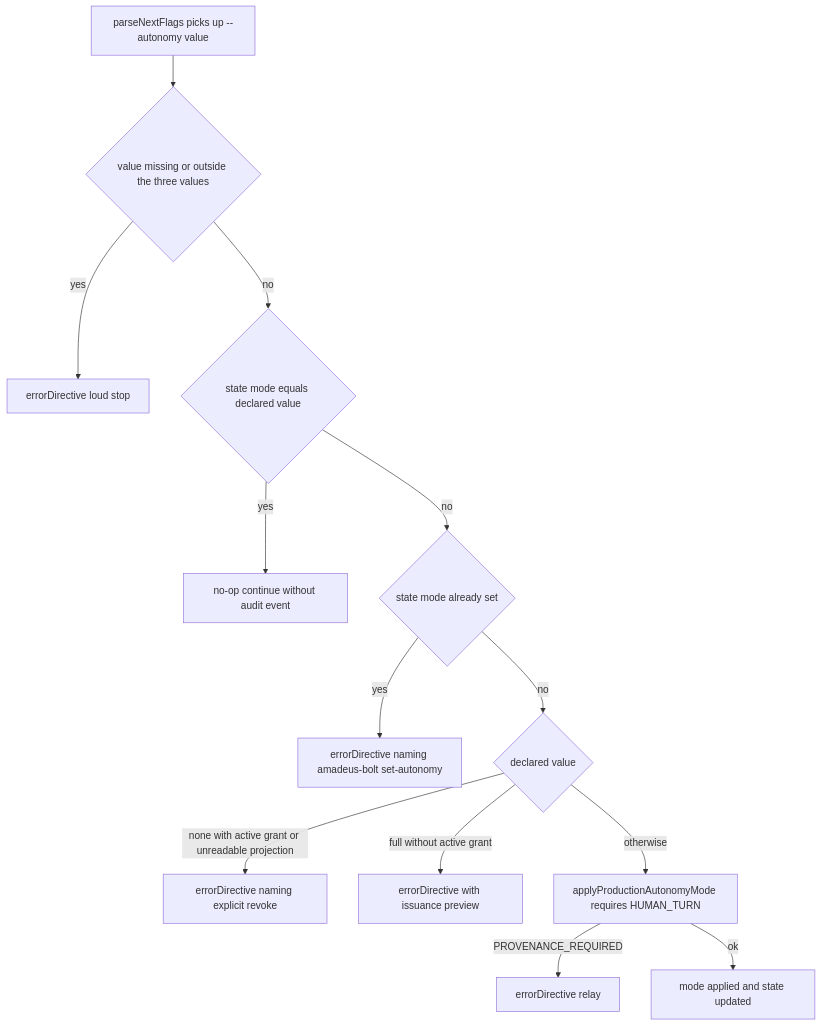
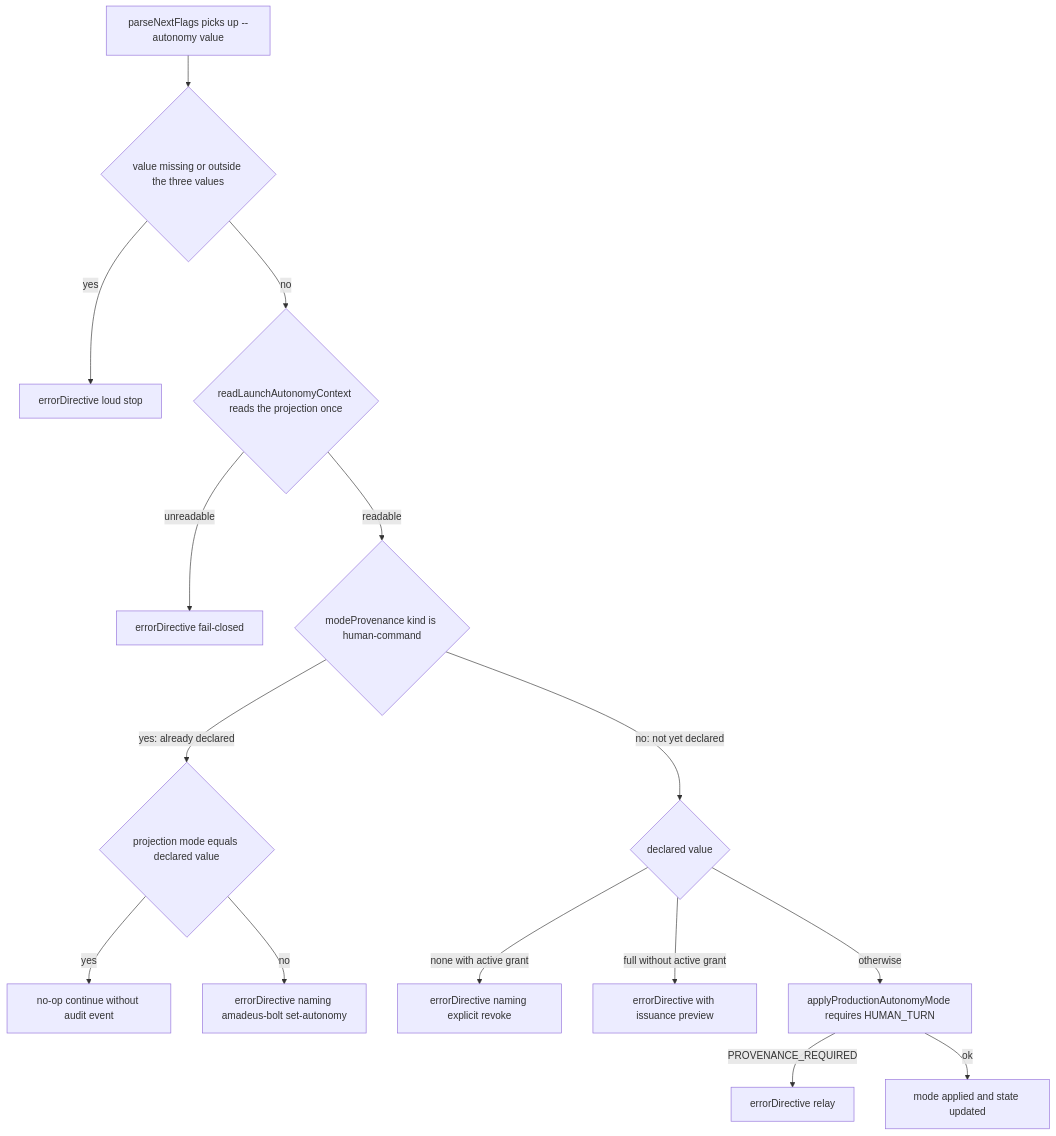
The third of 3 diagrams in amadeus/spaces/default/intents/260805-semi-redefine-autonomy-f/inception/application-design/services.md (amadeus-dlc/amadeus), drawn with Mermaid before and after one commit. The commit also changed other lines of this file and 7 other files, not shown here.

Commit message:
docs(amadeus): apply AD review follow-ups (ADR-13 provenance discriminator, signature drift, verbatim cites)

````diff
--- a/amadeus/spaces/default/intents/260805-semi-redefine-autonomy-f/inception/application-design/services.md
+++ b/amadeus/spaces/default/intents/260805-semi-redefine-autonomy-f/inception/application-design/services.md
@@ -114,15 +114,17 @@
 ```mermaid
 flowchart TD
   A["parseNextFlags picks up --autonomy value"] --> B{"value missing or outside the three values"}
   B -->|"yes"| E1["errorDirective loud stop"]
-  B -->|"no"| C{"state mode equals declared value"}
-  C -->|"yes"| OK1["no-op continue without audit event"]
-  C -->|"no"| D{"state mode already set"}
-  D -->|"yes"| E2["errorDirective naming amadeus-bolt set-autonomy"]
-  D -->|"no"| F{"declared value"}
-  F -->|"none with active grant or unreadable projection"| E3["errorDirective naming explicit revoke"]
+  B -->|"no"| R{"readLaunchAutonomyContext reads the projection once"}
+  R -->|"unreadable"| E0["errorDirective fail-closed"]
+  R -->|"readable"| C{"modeProvenance kind is human-command"}
+  C -->|"no: not yet declared"| F{"declared value"}
+  C -->|"yes: already declared"| D{"projection mode equals declared value"}
+  D -->|"yes"| OK1["no-op continue without audit event"]
+  D -->|"no"| E2["errorDirective naming amadeus-bolt set-autonomy"]
+  F -->|"none with active grant"| E3["errorDirective naming explicit revoke"]
   F -->|"full without active grant"| E4["errorDirective with issuance preview"]
   F -->|"otherwise"| G["applyProductionAutonomyMode requires HUMAN_TURN"]
   G -->|"PROVENANCE_REQUIRED"| E5["errorDirective relay"]
   G -->|"ok"| OK2["mode applied and state updated"]
 ```
````
